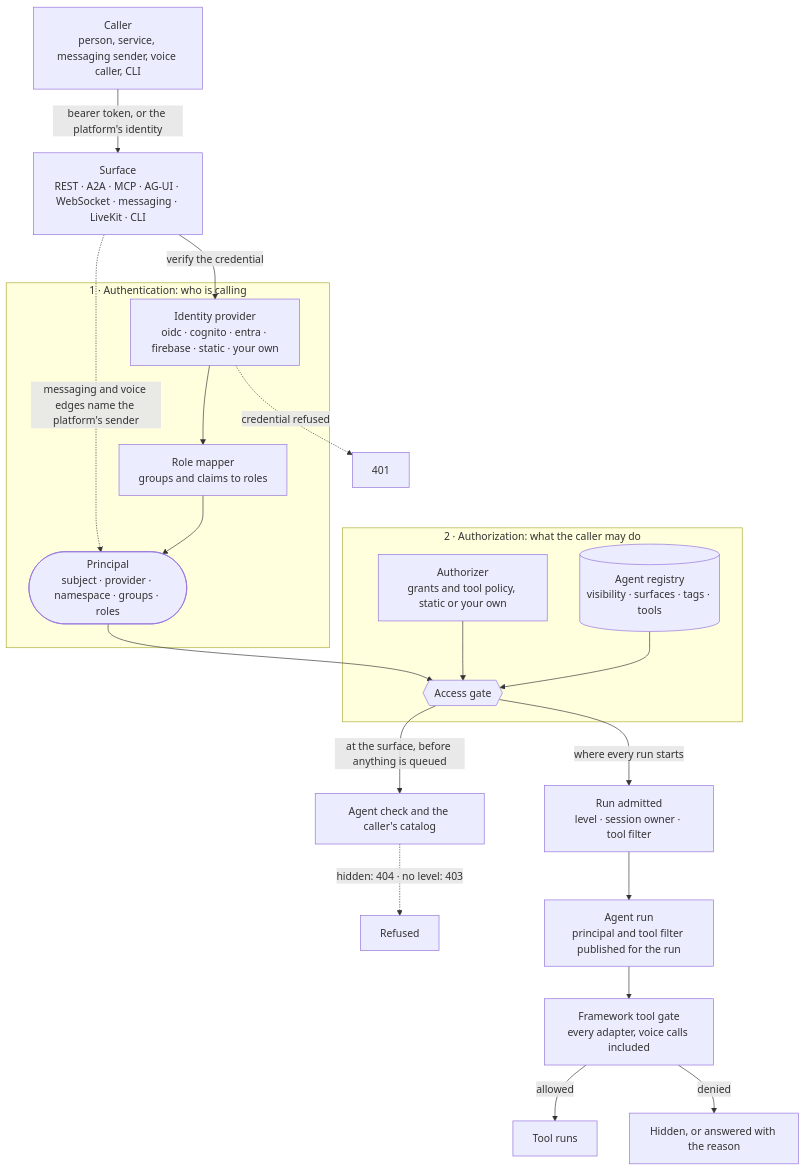
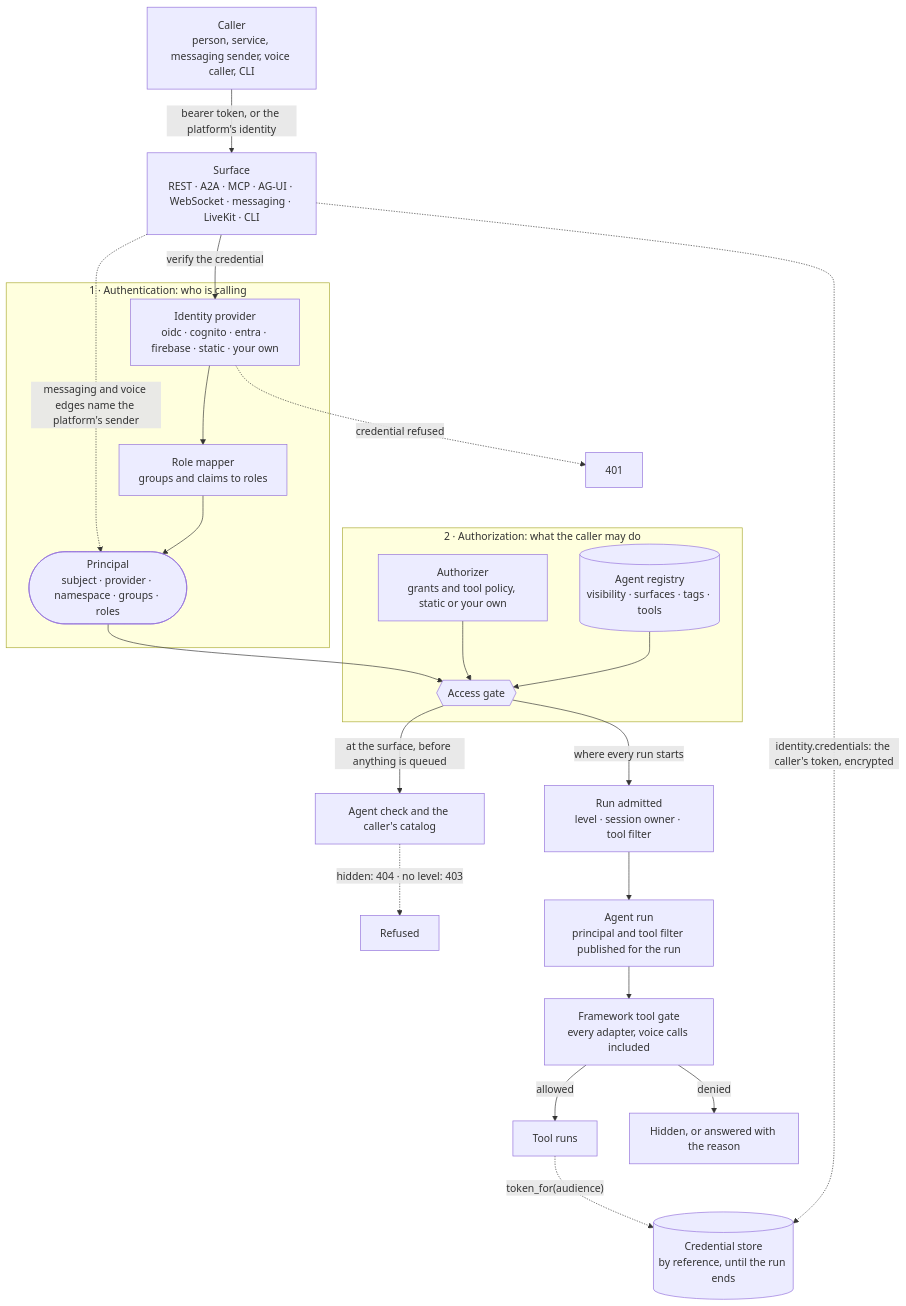
Before and after one commit to yaalalabs/agent-kernel: the diagram in docs/docs/advanced/identity-and-access.md, drawn with Mermaid. The commit also changed other lines of this file and 71 other files, not shown here.

First line of the commit message:
feat(identity): credentials for downstream calls, phase F of #603 (#1023)

````diff
--- a/docs/docs/advanced/identity-and-access.md
+++ b/docs/docs/advanced/identity-and-access.md
@@ -52,34 +52,36 @@
 ```mermaid
 flowchart TD
     Caller["Caller<br/>person, service, messaging sender, voice caller, CLI"]
     Surface["Surface<br/>REST · A2A · MCP · AG-UI · WebSocket · messaging · LiveKit · CLI"]
     Caller -->|"bearer token, or the platform's identity"| Surface
 
     subgraph authn ["1 · Authentication: who is calling"]
         Provider["Identity provider<br/>oidc · cognito · entra · firebase · static · your own"]
         Mapper["Role mapper<br/>groups and claims to roles"]
         Principal(["Principal<br/>subject · provider · namespace · groups · roles"])
         Provider --> Mapper --> Principal
     end
 
     Surface -->|"verify the credential"| Provider
     Surface -.->|"messaging and voice edges name the platform's sender"| Principal
     Provider -.->|"credential refused"| Unauthorized["401"]
 
     subgraph authz ["2 · Authorization: what the caller may do"]
         Registry[("Agent registry<br/>visibility · surfaces · tags · tools")]
         Authorizer["Authorizer<br/>grants and tool policy, static or your own"]
         Gate{{"Access gate"}}
         Registry --> Gate
         Authorizer --> Gate
     end
 
     Principal --> Gate
     Gate -->|"at the surface, before anything is queued"| Edge["Agent check and the caller's catalog"]
     Edge -.->|"hidden: 404 · no level: 403"| Refused["Refused"]
     Gate -->|"where every run starts"| Admit["Run admitted<br/>level · session owner · tool filter"]
     Admit --> Run["Agent run<br/>principal and tool filter published for the run"]
     Run --> ToolGate["Framework tool gate<br/>every adapter, voice calls included"]
     ToolGate -->|"allowed"| Tool["Tool runs"]
     ToolGate -->|"denied"| Reason["Hidden, or answered with the reason"]
+    Surface -.->|"identity.credentials: the caller's token, encrypted"| Creds[("Credential store<br/>by reference, until the run ends")]
+    Tool -.->|"token_for(audience)"| Creds
 ```
````
